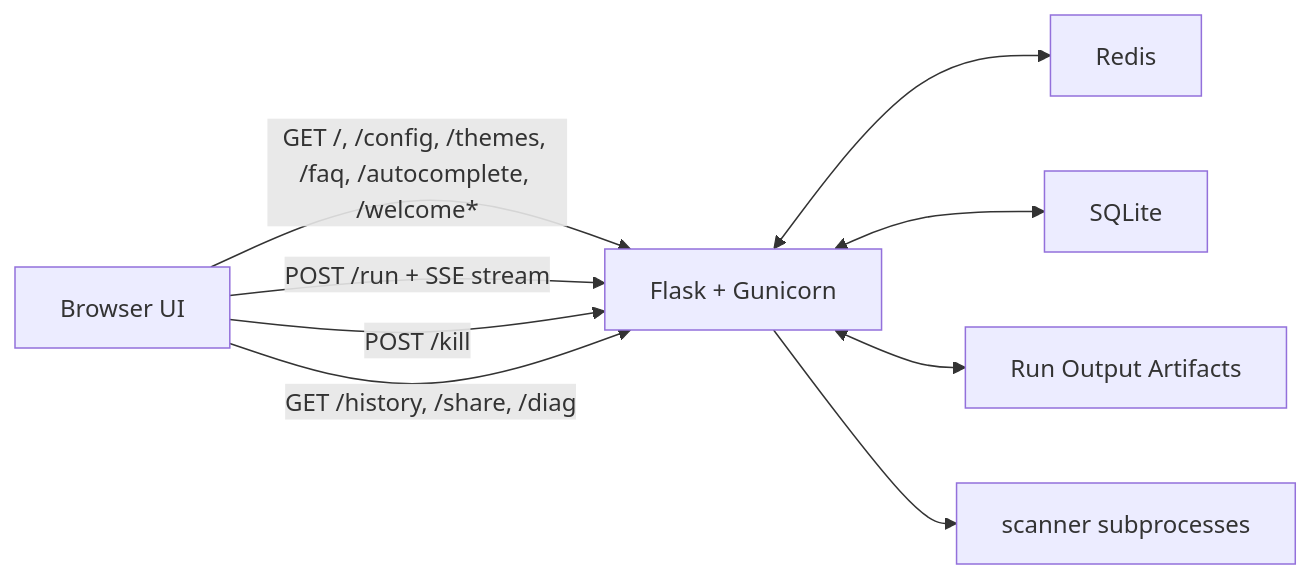
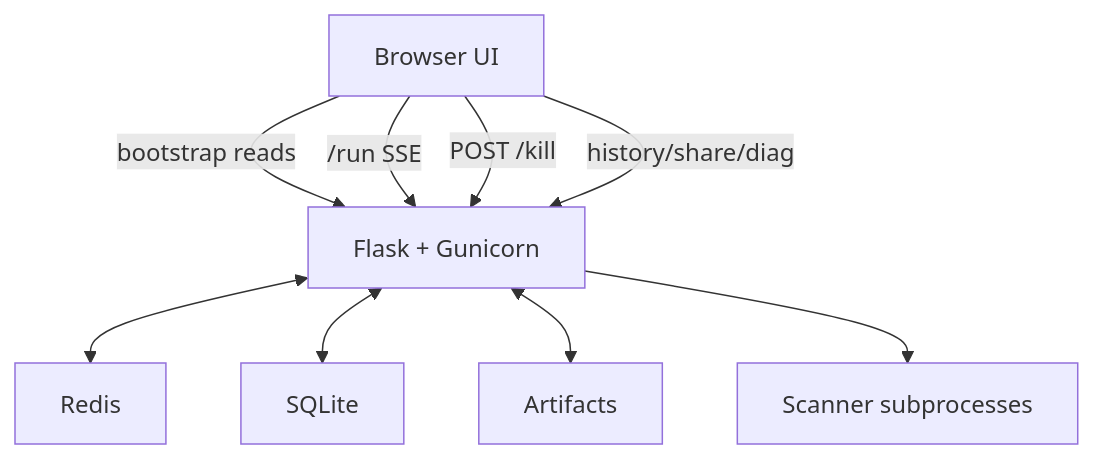
Before and after one commit to darklab-sh/darklab-shell: the second of 6 diagrams in ARCHITECTURE.md, drawn with Mermaid. The commit also changed other lines of this file and 17 other files, not shown here.

````diff
--- a/ARCHITECTURE.md
+++ b/ARCHITECTURE.md
@@ -85,19 +85,19 @@
 ```mermaid
-flowchart LR
+flowchart TB
   Browser["Browser UI"]
   Flask["Flask + Gunicorn"]
   Redis["Redis"]
   SQLite["SQLite"]
-  Artifacts["Run Output Artifacts"]
-  Scanner["scanner subprocesses"]
+  Artifacts["Artifacts"]
+  Scanner["Scanner subprocesses"]
 
-  Browser -->|GET /, /config, /themes, /faq, /autocomplete, /welcome*| Flask
-  Browser -->|POST /run + SSE stream| Flask
+  Browser -->|bootstrap reads| Flask
+  Browser -->|/run SSE| Flask
   Browser -->|POST /kill| Flask
-  Browser -->|GET /history, /share, /diag| Flask
+  Browser -->|history/share/diag| Flask
 
   Flask <--> Redis
   Flask <--> SQLite
   Flask <--> Artifacts
   Flask --> Scanner
 ```
````
